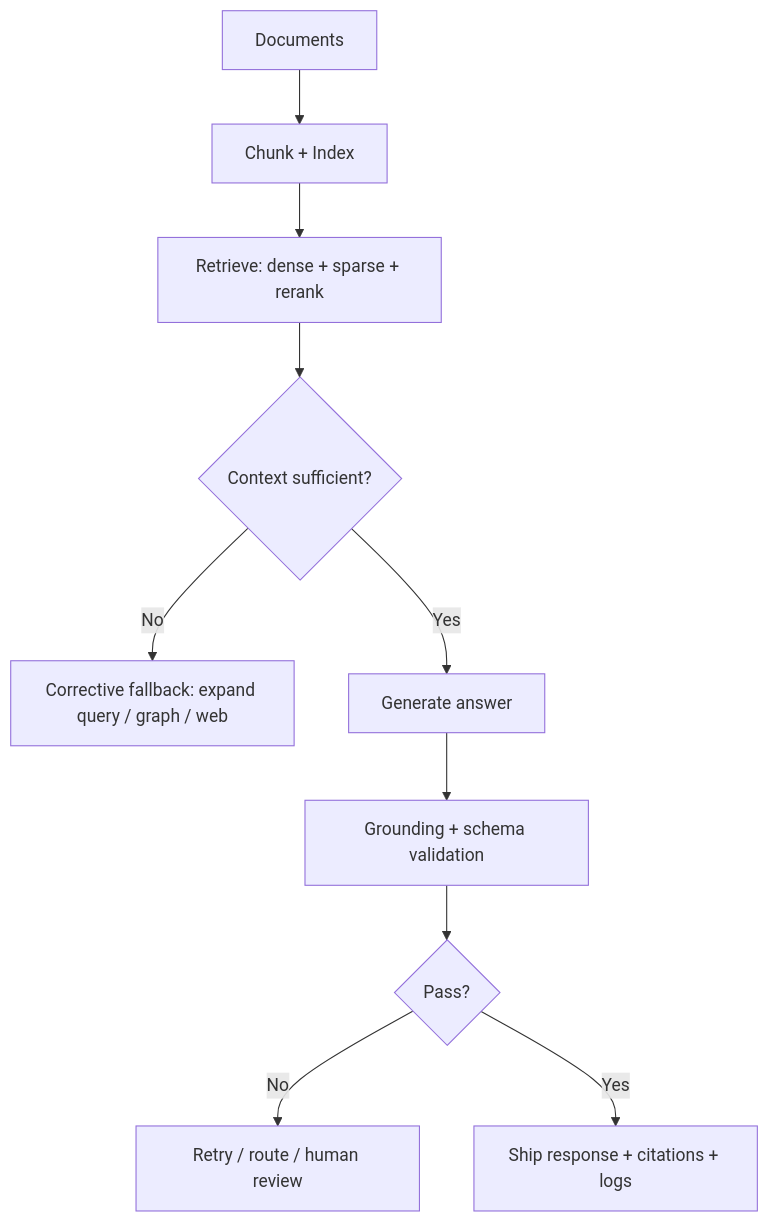
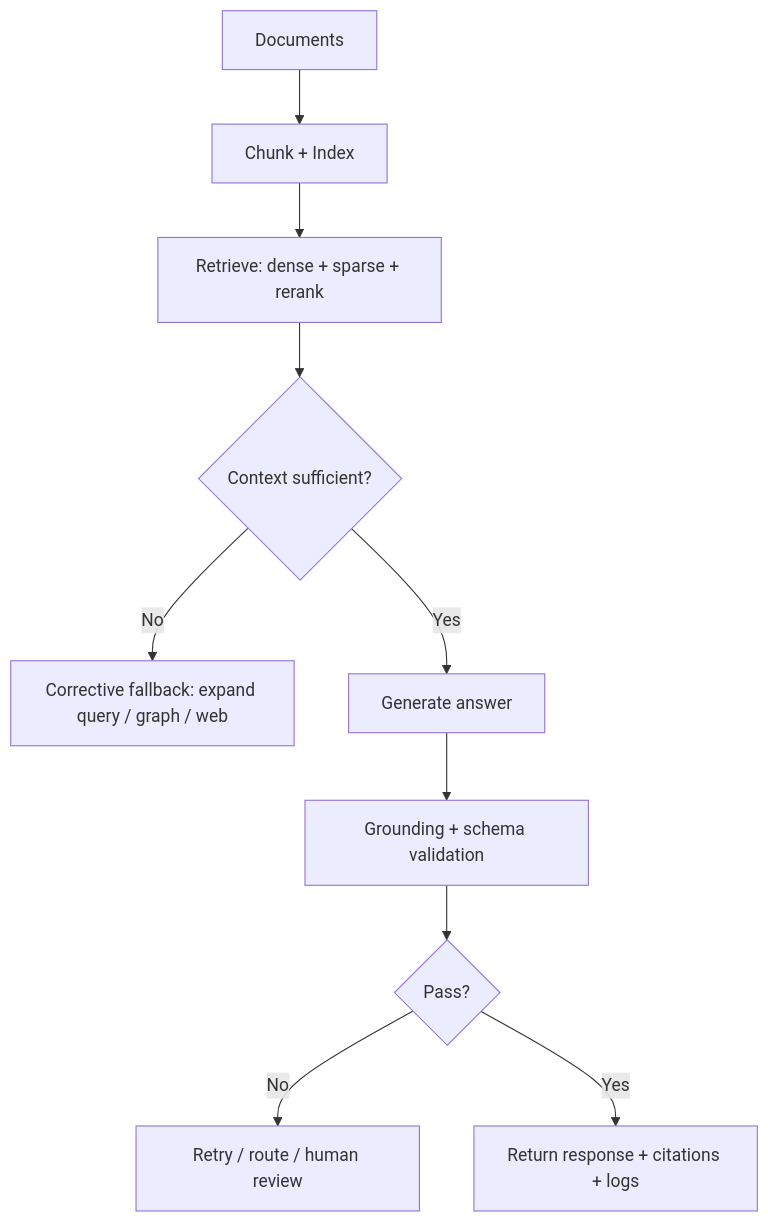
One commit to pypi-ahmad/pypi-ahmad changed the diagram in README.md. Above: the diagram before and after it, drawn with Mermaid. The commit also changed other lines of this file, not shown here.

````diff
--- a/README.md
+++ b/README.md
@@ -143,12 +143,12 @@
 ```mermaid
 flowchart TD
   A[Documents] --> B[Chunk + Index]
   B --> C[Retrieve: dense + sparse + rerank]
   C --> D{Context sufficient?}
   D -->|No| E[Corrective fallback: expand query / graph / web]
   D -->|Yes| F[Generate answer]
   F --> G[Grounding + schema validation]
   G --> H{Pass?}
   H -->|No| I[Retry / route / human review]
-  H -->|Yes| J[Ship response + citations + logs]
+  H -->|Yes| J[Return response + citations + logs]
 ```
````
